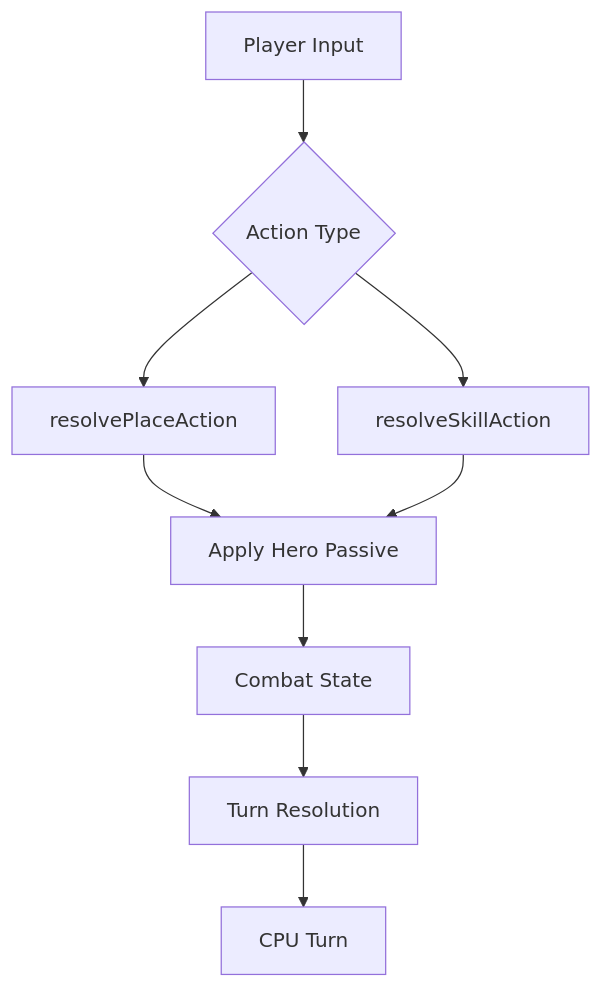
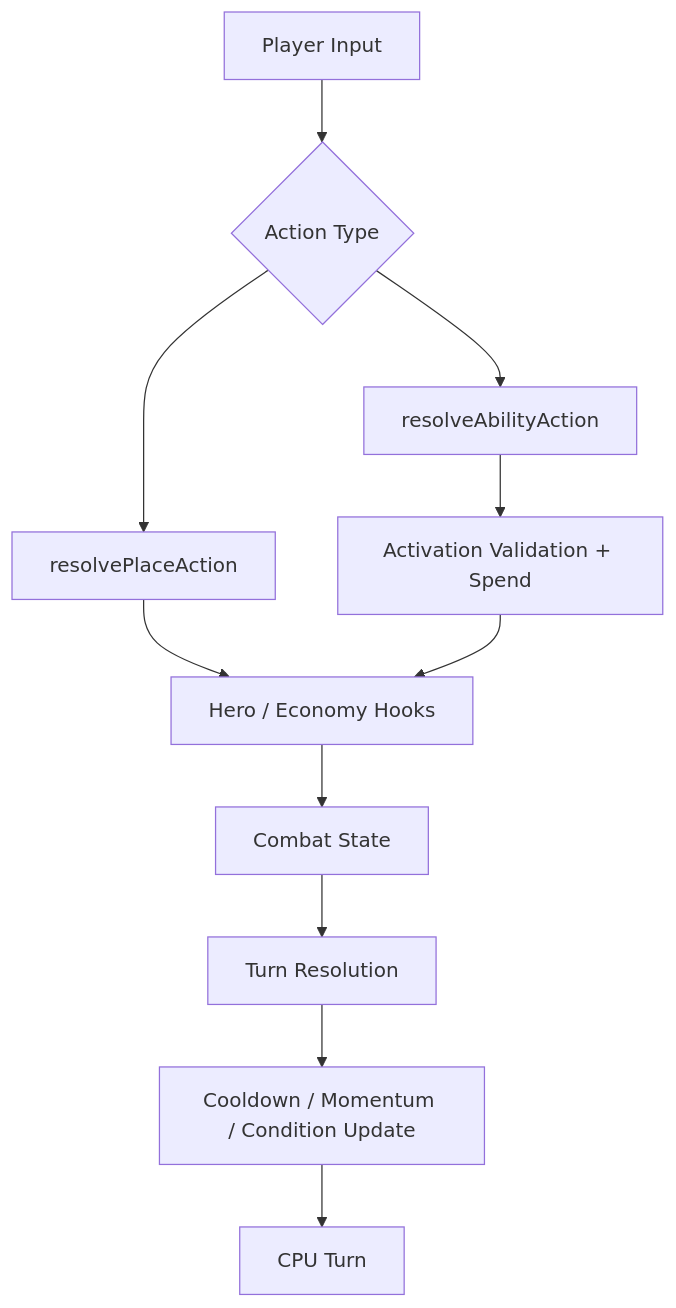
Before and after one commit to zeroLR/2D-game-playground: the fourth of 5 diagrams in gomoku-rpg/docs/hero-skill-system-spec.md, drawn with Mermaid. The commit also changed other lines of this file, not shown here.

Commit message:
docs(gomoku-rpg): evolve hero skill system to ability economies

````diff
--- a/gomoku-rpg/docs/hero-skill-system-spec.md
+++ b/gomoku-rpg/docs/hero-skill-system-spec.md
@@ -347,11 +452,13 @@
 ```mermaid
 flowchart TD
   Input[Player Input] --> Resolve{Action Type}
   Resolve --> Place[resolvePlaceAction]
-  Resolve --> Skill[resolveSkillAction]
-  Place --> Passive[Apply Hero Passive]
-  Skill --> Passive
-  Passive --> Combat[Combat State]
+  Resolve --> Ability[resolveAbilityAction]
+  Place --> HeroHooks[Hero / Economy Hooks]
+  Ability --> Activation[Activation Validation + Spend]
+  Activation --> HeroHooks
+  HeroHooks --> Combat[Combat State]
   Combat --> Turn[Turn Resolution]
-  Turn --> CPU[CPU Turn]
+  Turn --> EconomyTick[Cooldown / Momentum / Condition Update]
+  EconomyTick --> CPU[CPU Turn]
 ```
````
